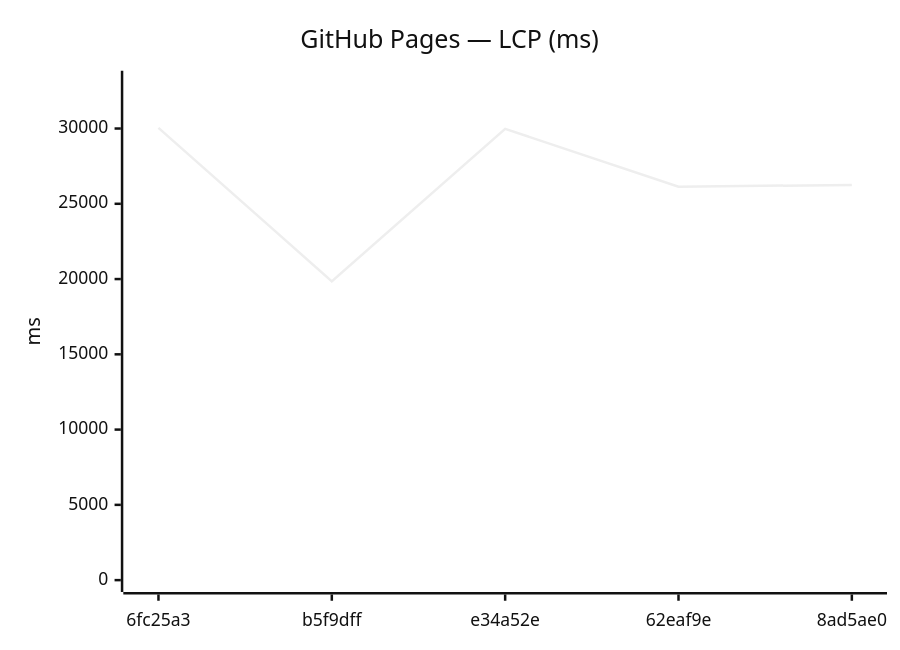
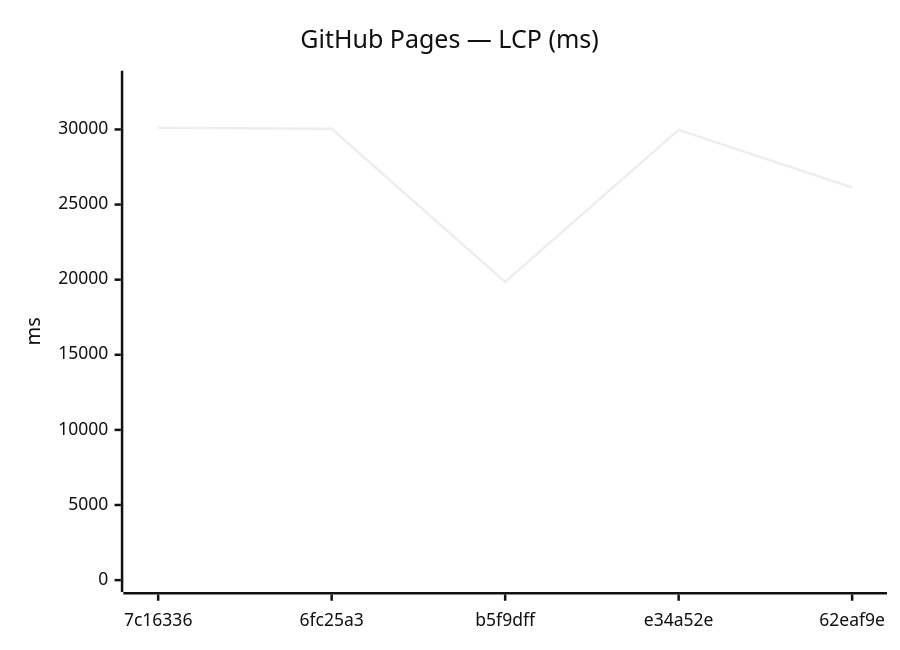
Before and after one commit to Metaheurist/Rianell: the seventh of 12 diagrams in benchmarks/compare.md, drawn with Mermaid (neutral theme). The commit also changed other lines of this file and 8 other files, not shown here.

````diff
--- a/benchmarks/compare.md
+++ b/benchmarks/compare.md
@@ -107,7 +107,7 @@
 ```mermaid
 xychart-beta
     title "GitHub Pages — LCP (ms)"
-    x-axis ["6fc25a3", "b5f9dff", "e34a52e", "62eaf9e", "8ad5ae0"]
-    y-axis "ms" 0 --> 33049
-    line [30044, 19849, 29974, 26139, 26251]
+    x-axis ["7c16336", "6fc25a3", "b5f9dff", "e34a52e", "62eaf9e"]
+    y-axis "ms" 0 --> 33117
+    line [30106, 30044, 19849, 29974, 26139]
 ```
````
